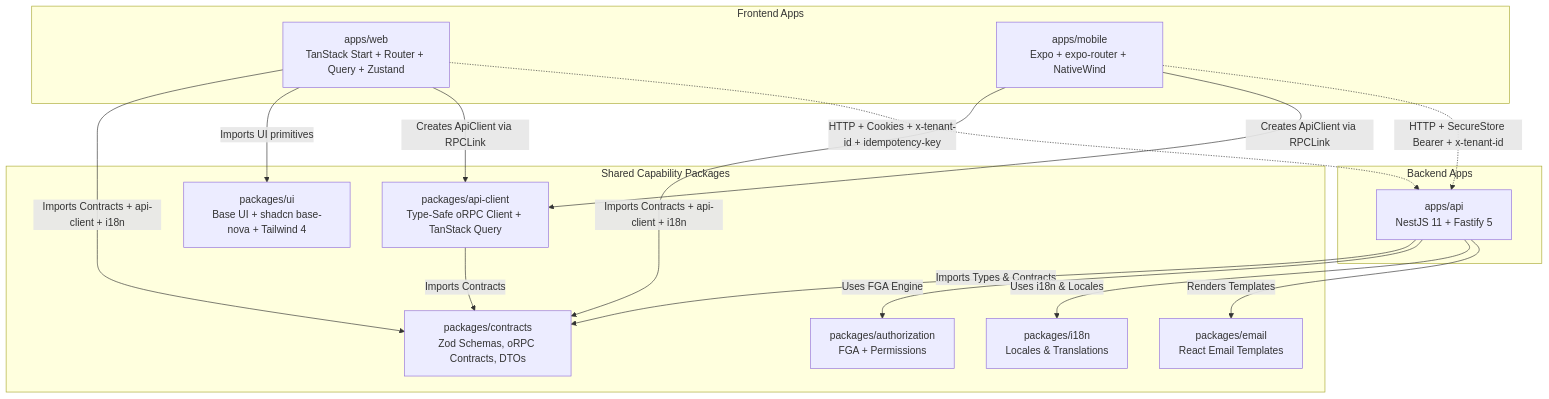
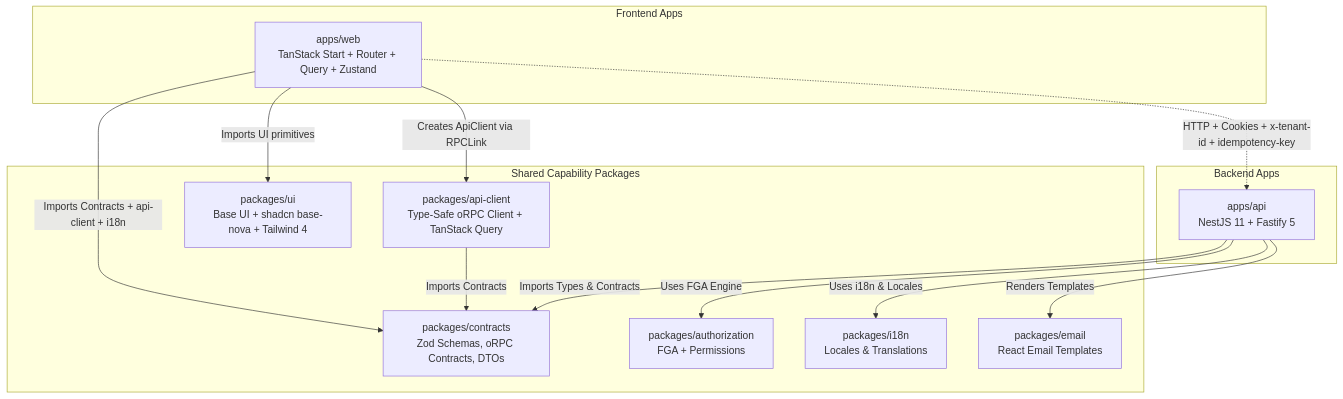
One commit to ihssmaheel-dev/modular-monolith-architecture changed the first of 3 diagrams in ARCHITECTURE.md. Above: the diagram before and after it, drawn with Mermaid. The commit also changed other lines of this file and 95 other files, not shown here.

Commit message:
feat: harden api web architecture and remove mobile app

````diff
--- a/ARCHITECTURE.md
+++ b/ARCHITECTURE.md
@@ -15,34 +15,30 @@
 ```mermaid
 graph TD
     subgraph Frontend Apps
         Web[apps/web<br>TanStack Start + Router + Query + Zustand]
-        Mobile[apps/mobile<br>Expo + expo-router + NativeWind]
     end
 
     subgraph Backend Apps
         A[apps/api<br>NestJS 11 + Fastify 5]
     end
 
     subgraph Shared Capability Packages
         S[packages/contracts<br>Zod Schemas, oRPC Contracts, DTOs]
         AuthZ[packages/authorization<br>FGA + Permissions]
         I18N[packages/i18n<br>Locales & Translations]
         Client[packages/api-client<br>Type-Safe oRPC Client + TanStack Query]
         UI[packages/ui<br>Base UI + shadcn base-nova + Tailwind 4]
         Email[packages/email<br>React Email Templates]
     end
 
     A -->|Imports Types & Contracts| S
     A -->|Uses FGA Engine| AuthZ
     A -->|Uses i18n & Locales| I18N
     A -->|Renders Templates| Email
     Client -->|Imports Contracts| S
     Web -->|Imports Contracts + api-client + i18n| S
     Web -->|Imports UI primitives| UI
     Web -->|Creates ApiClient via RPCLink| Client
-    Mobile -->|Imports Contracts + api-client + i18n| S
-    Mobile -->|Creates ApiClient via RPCLink| Client
 
     Web -.->|HTTP + Cookies + x-tenant-id + idempotency-key| A
-    Mobile -.->|HTTP + SecureStore Bearer + x-tenant-id| A
 ```
````
